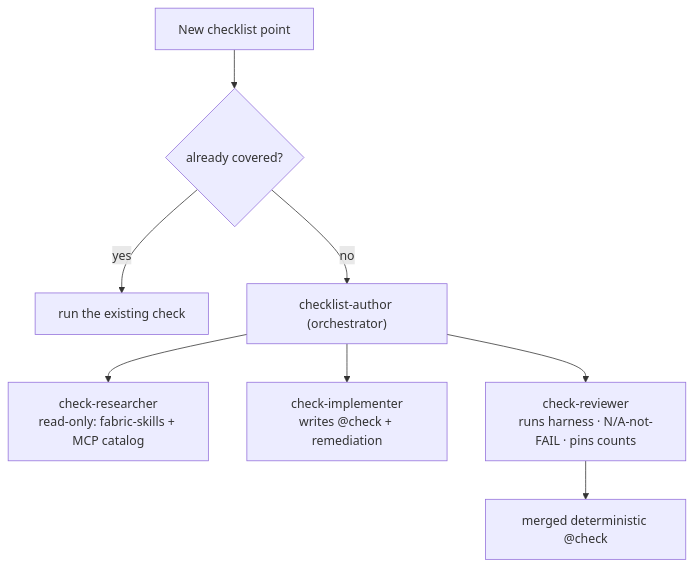
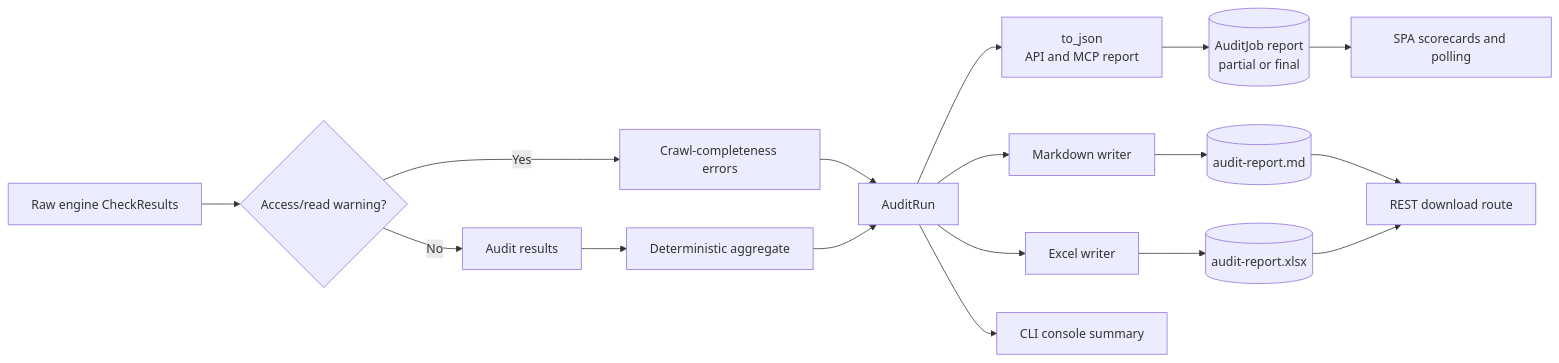
Before and after one commit to ridamgupta25/Microsoft-Fabric-Well-Architected-Auditor: the ninth of 10 diagrams in ARCHITECTURE.md, drawn with Mermaid. The commit also changed other lines of this file and 4 other files, not shown here.

````diff
--- a/ARCHITECTURE.md
+++ b/ARCHITECTURE.md
@@ -380,10 +1277,21 @@
 ```mermaid
-flowchart TD
-    Pt["New checklist point"] --> Dd{"already covered?"}
-    Dd -- "yes" --> Stop["run the existing check"]
-    Dd -- "no" --> Au["checklist-author (orchestrator)"]
-    Au --> Re["check-researcher<br/>read-only: fabric-skills + MCP catalog"]
-    Au --> Im["check-implementer<br/>writes @check + remediation"]
-    Au --> Rv["check-reviewer<br/>runs harness · N/A-not-FAIL · pins counts"]
-    Rv --> M["merged deterministic @check"]
+flowchart LR
+    Raw["Raw engine CheckResults"] --> Split{"Access/read warning?"}
+    Split -- "Yes" --> Errors["Crawl-completeness errors"]
+    Split -- "No" --> Results2["Audit results"]
+    Results2 --> Aggregate2["Deterministic aggregate"]
+    Errors --> Run["AuditRun"]
+    Aggregate2 --> Run
+
+    Run --> JSON["to_json<br/>API and MCP report"]
+    Run --> Markdown["Markdown writer"]
+    Run --> Excel["Excel writer"]
+    Run --> Console["CLI console summary"]
+
+    JSON --> Job[("AuditJob report<br/>partial or final")]
+    Job --> SPA2["SPA scorecards and polling"]
+    Markdown --> MDFile[("audit-report.md")]
+    Excel --> XLSXFile[("audit-report.xlsx")]
+    MDFile --> Download["REST download route"]
+    XLSXFile --> Download
 ```
````
